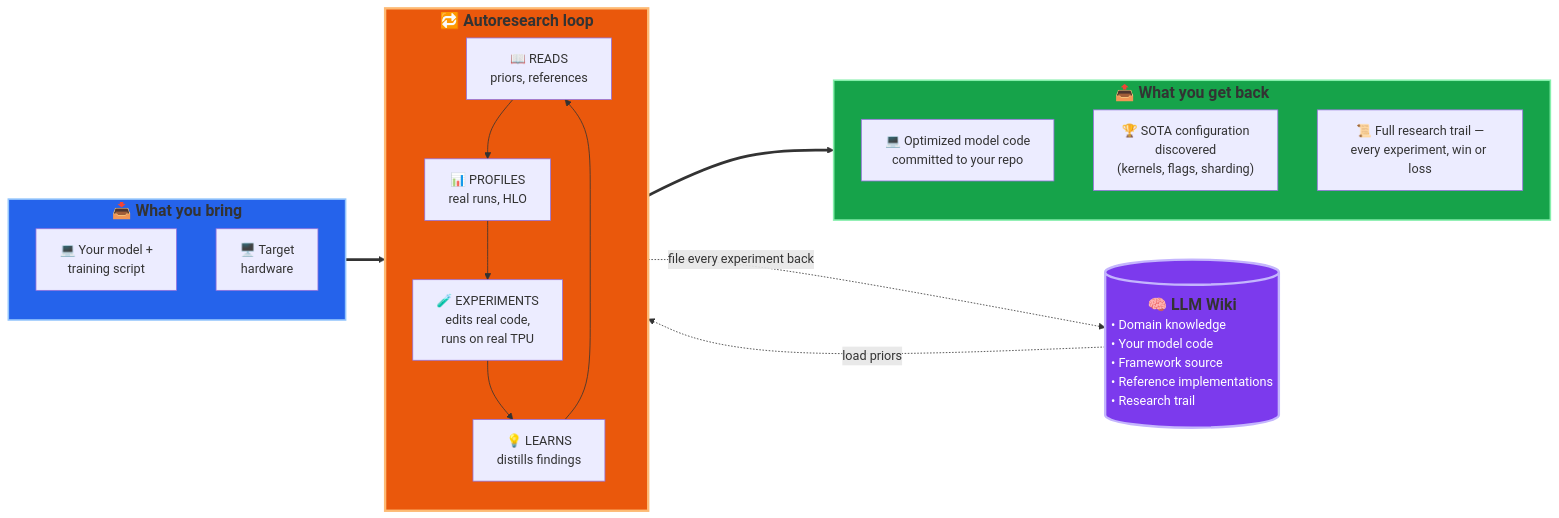
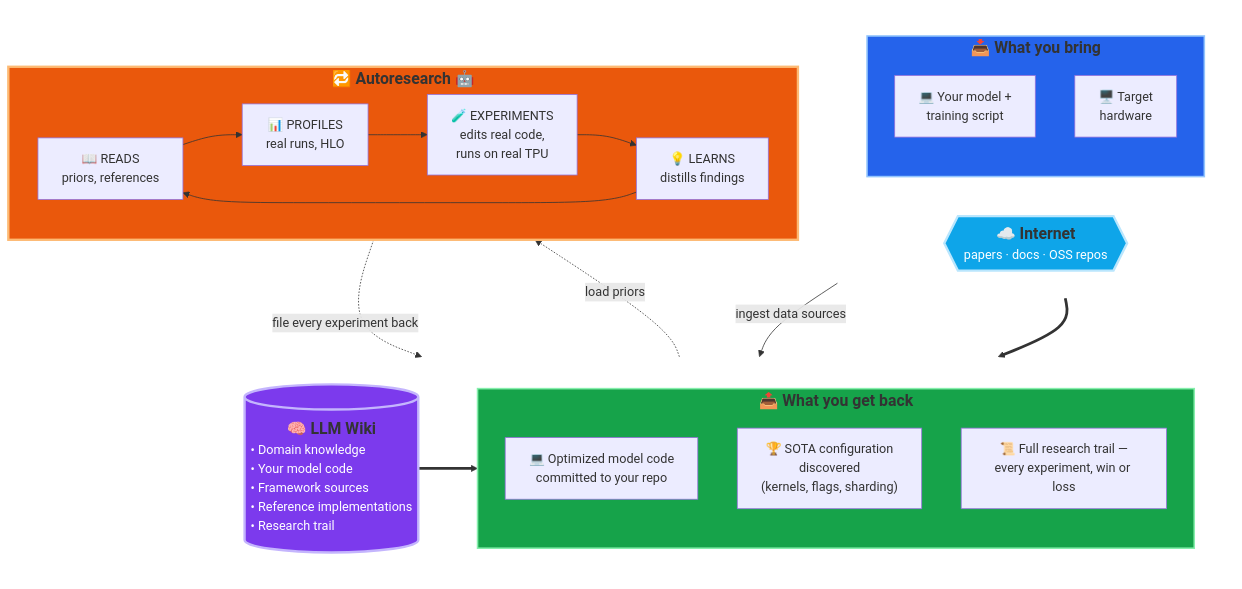
Before and after one commit to PrimaLabs-AI/llm-serving-autoresearch-wiki: the diagram in README.md, drawn with Mermaid. The commit also changed other lines of this file and 1 other file, not shown here.

Commit message:
updated readme diagram

````diff
--- a/README.md
+++ b/README.md
@@ -68,39 +68,49 @@
 ```mermaid
-flowchart LR
-    subgraph IN["<span style='font-size:1.25em'><b>📥 What you bring</b></span>"]
-        direction TB
-        IN1["💻 Your model +<br/>training script"]
-        IN2["🖥️ Target<br/>hardware"]
+flowchart TB
+    subgraph INPUTS_ROW[" "]
+        direction LR
+        subgraph IN["<span style='font-size:1.25em'><b>📥 What you bring</b></span>"]
+            direction TB
+            IN1["💻 Your model +<br/>training script"]
+            IN2["🖥️ Target<br/>hardware"]
+        end
+        INTERNET{{"<span style='font-size:1.25em'><b>☁️ Internet</b></span><br/>papers · docs · OSS repos"}}
     end
 
-    subgraph ENGINE["<span style='font-size:1.25em'><b>🔁 Autoresearch loop</b></span>"]
-        direction TB
+    subgraph HUB_ROW[" "]
+        direction LR
+        WIKI[("<div style='text-align:center'><span style='font-size:1.25em'><b>🧠 LLM Wiki</b></span></div><div style='text-align:left;white-space:nowrap'>• Domain knowledge<br/>• Your model code<br/>• Framework sources<br/>• Reference implementations<br/>• Research trail</div>")]
+        subgraph OUT["<span style='font-size:1.25em'><b>📤 What you get back</b></span>"]
+            direction TB
+            OUT1["💻 Optimized model code<br/>committed to your repo"]
+            OUT2["🏆 SOTA configuration<br/>discovered<br/>(kernels, flags, sharding)"]
+            OUT3["📜 Full research trail —<br/>every experiment, win or loss"]
+        end
+    end
+
+    subgraph ENGINE["<span style='font-size:1.25em'><b>🔁 Autoresearch 🤖</b></span>"]
+        direction LR
         E1["📖 READS<br/>priors, references"]
         E2["📊 PROFILES<br/>real runs, HLO"]
         E3["🧪 EXPERIMENTS<br/>edits real code,<br/>runs on real TPU"]
         E4["💡 LEARNS<br/>distills findings"]
         E1 --> E2
         E2 --> E3
         E3 --> E4
         E4 --> E1
     end
 
-    subgraph OUT["<span style='font-size:1.25em'><b>📤 What you get back</b></span>"]
-        direction TB
-        OUT1["💻 Optimized model code<br/>committed to your repo"]
-        OUT2["🏆 SOTA configuration<br/>discovered<br/>(kernels, flags, sharding)"]
-        OUT3["📜 Full research trail —<br/>every experiment, win or loss"]
-    end
-
-    WIKI[("<div style='text-align:center'><span style='font-size:1.25em'><b>🧠 LLM Wiki</b></span></div><div style='text-align:left;white-space:nowrap'>• Domain knowledge<br/>• Your model code<br/>• Framework source<br/>• Reference implementations<br/>• Research trail</div>")]
-
-    IN ==> ENGINE ==> OUT
-
+    IN ==> WIKI
+    INTERNET -- "ingest data sources" --> WIKI
+    WIKI ==> OUT
     WIKI -. "load priors" .-> ENGINE
     ENGINE -. "file every experiment back" .-> WIKI
 
+    style INPUTS_ROW fill:none,stroke:none
+    style HUB_ROW fill:none,stroke:none
     style IN fill:#2563eb,stroke:#93c5fd,stroke-width:2px,color:#fff
     style ENGINE fill:#ea580c,stroke:#fdba74,stroke-width:3px,color:#fff
     style OUT fill:#16a34a,stroke:#86efac,stroke-width:2px,color:#fff
     style WIKI fill:#7c3aed,stroke:#c4b5fd,stroke-width:3px,color:#fff
+    style INTERNET fill:#0ea5e9,stroke:#bae6fd,stroke-width:3px,color:#fff
 ```
````
